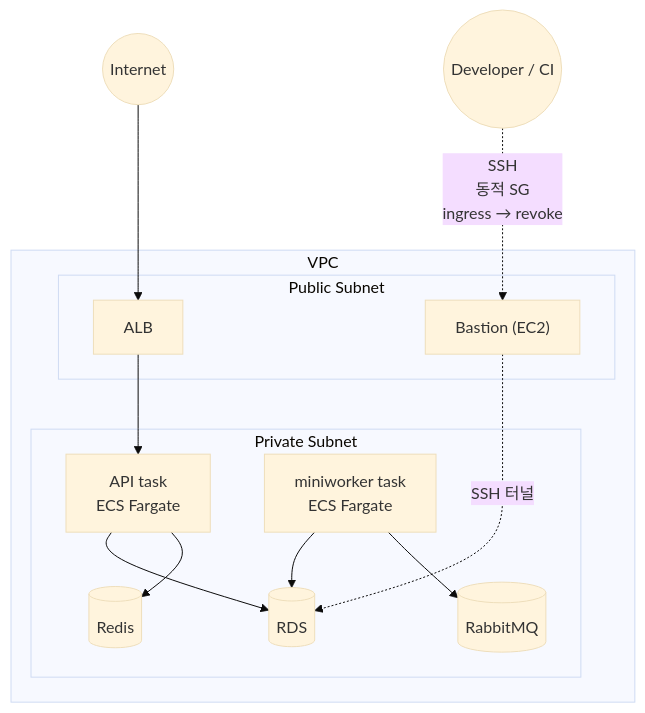
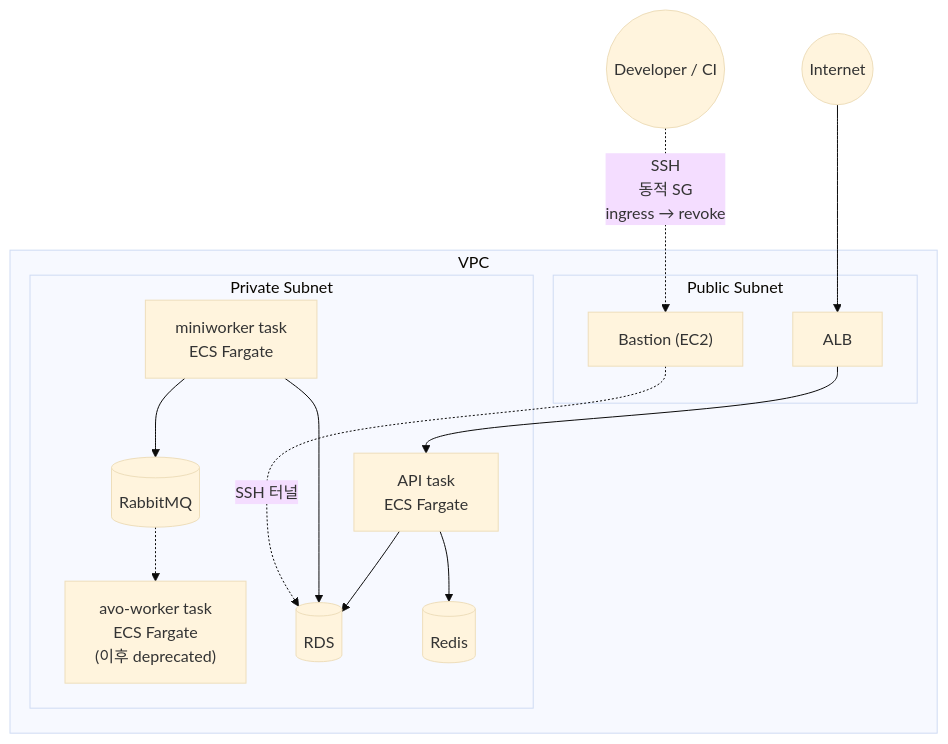
One commit to texasroh/texasroh.github.io changed the sixth of 6 diagrams in _portfolio/portfolio.md. Above: the diagram before and after it, drawn with Mermaid (base theme). The commit also changed other lines of this file, not shown here.

````diff
--- a/_portfolio/portfolio.md
+++ b/_portfolio/portfolio.md
@@ -235,24 +233,26 @@
 ```mermaid
 flowchart TB
     Internet((Internet)) --> ALB
     Dev((Developer / CI)) -.->|"SSH<br/>동적 SG<br/>ingress → revoke"| Bastion
     subgraph VPC ["VPC"]
         subgraph Pub ["Public Subnet"]
             ALB[ALB]
             Bastion["Bastion (EC2)"]
         end
         subgraph Priv ["Private Subnet"]
             API["API task<br/>ECS Fargate"]
             Mini["miniworker task<br/>ECS Fargate"]
+            Worker["avo-worker task<br/>ECS Fargate<br/>(이후 deprecated)"]
             RDS[(RDS)]
             Redis[(Redis)]
             MQ[("RabbitMQ")]
         end
     end
     ALB --> API
     API --> RDS
     Mini --> RDS
     API --> Redis
     Mini --> MQ
+    MQ -.-> Worker
     Bastion -.->|SSH 터널| RDS
 ```
````
